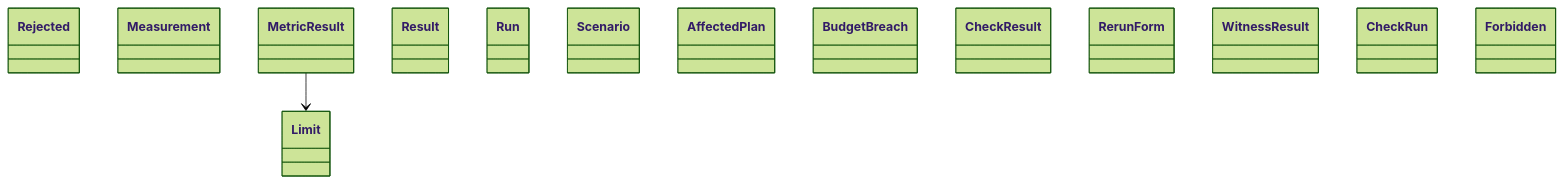
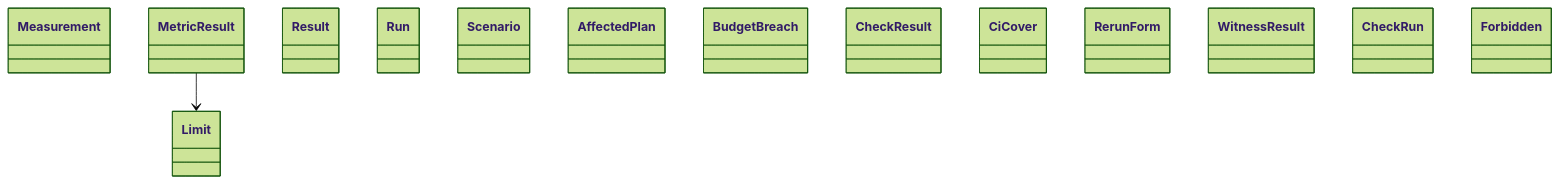
The diagram in docs/architecture/generated/classes-process-domain-checks-2.md (GonzaloZevallos/agentic-system), drawn with Mermaid (forest theme) before and after one commit. The commit also changed other lines of this file and 14 other files, not shown here.

````diff
--- a/docs/architecture/generated/classes-process-domain-checks-2.md
+++ b/docs/architecture/generated/classes-process-domain-checks-2.md
@@ -20,18 +20,18 @@
 ```mermaid
 classDiagram
-    class coverage__Rejected["Rejected"]
     class performance__Limit["Limit"]
     class performance__Measurement["Measurement"]
     class performance__MetricResult["MetricResult"]
     class performance__Result["Result"]
     class performance__Run["Run"]
     class performance__Scenario["Scenario"]
     class presubmit__AffectedPlan["AffectedPlan"]
     class presubmit__BudgetBreach["BudgetBreach"]
     class presubmit__CheckResult["CheckResult"]
+    class presubmit__CiCover["CiCover"]
     class presubmit__RerunForm["RerunForm"]
     class presubmit__WitnessResult["WitnessResult"]
     class run_check__CheckRun["CheckRun"]
     class suppressions__Forbidden["Forbidden"]
     performance__MetricResult --> performance__Limit
 ```
````
